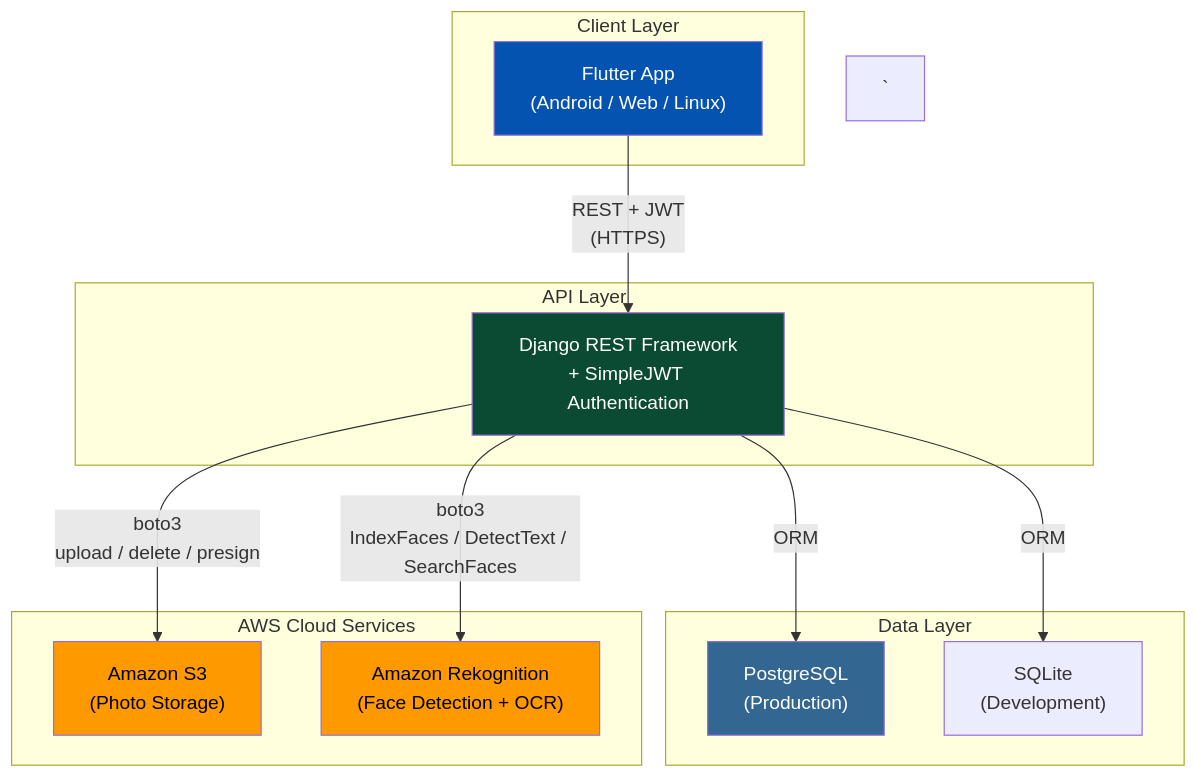
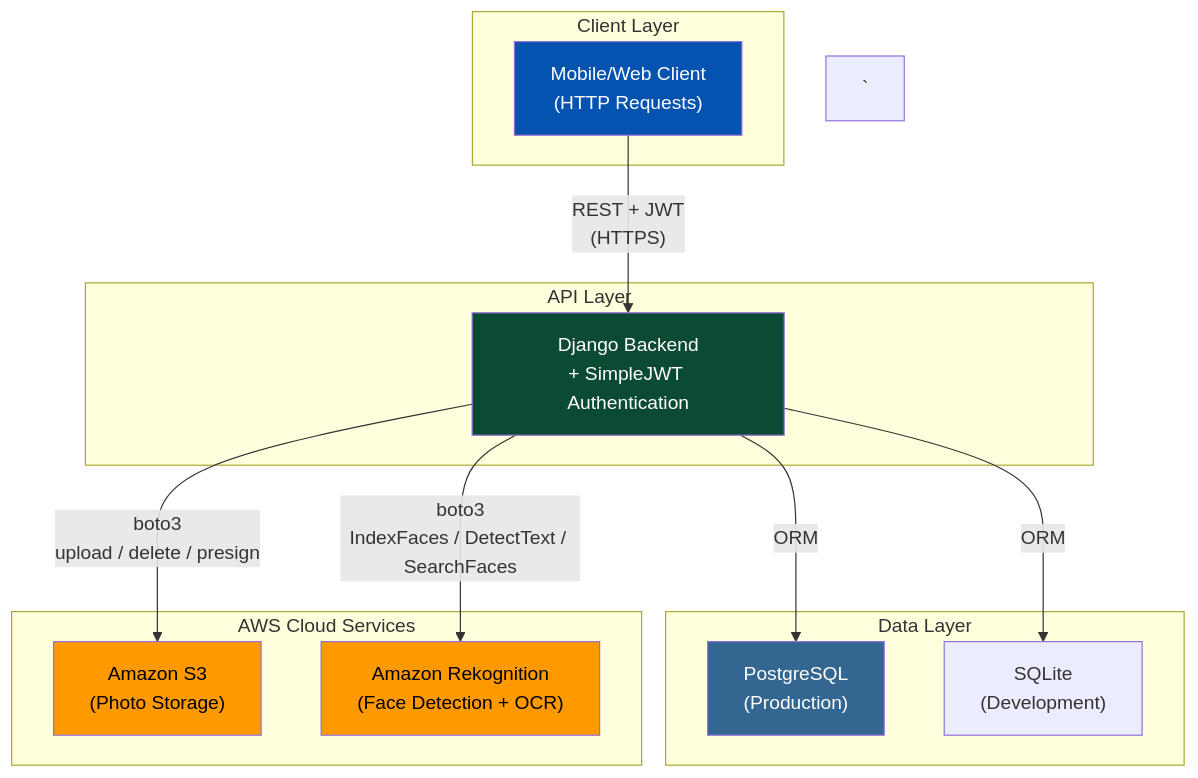
The diagram in docs/uml/architecture.mmd (sudols/photo-sense), drawn with Mermaid before and after one commit. The commit also changed 77 other files, not shown here.

```diff
--- a/docs/uml/architecture.mmd
+++ b/docs/uml/architecture.mmd
@@ -1,31 +1,31 @@
 graph TB
     subgraph "Client Layer"
-        FA["Flutter App<br/>(Android / Web / Linux)"]
+        CLIENT["Mobile/Web Client<br/>(HTTP Requests)"]
     end
 
     subgraph "API Layer"
-        DJ["Django REST Framework<br/>+ SimpleJWT Authentication"]
+        DJ["Django Backend<br/>+ SimpleJWT Authentication"]
     end
 
     subgraph "Data Layer"
         PG["PostgreSQL<br/>(Production)"]
         SQ["SQLite<br/>(Development)"]
     end
 
     subgraph "AWS Cloud Services"
         S3["Amazon S3<br/>(Photo Storage)"]
         RK["Amazon Rekognition<br/>(Face Detection + OCR)"]
     end
 
-    FA -->|"REST + JWT<br/>(HTTPS)"| DJ
+    CLIENT -->|"REST + JWT<br/>(HTTPS)"| DJ
     DJ -->|"ORM"| PG
     DJ -->|"ORM"| SQ
     DJ -->|"boto3<br/>upload / delete / presign"| S3
     DJ -->|"boto3<br/>IndexFaces / DetectText / SearchFaces"| RK
 
-    style FA fill:#0553B1,color:#fff
+    style CLIENT fill:#0553B1,color:#fff
     style DJ fill:#0C4B33,color:#fff
     style PG fill:#336791,color:#fff
     style S3 fill:#FF9900,color:#000
     style RK fill:#FF9900,color:#000
 `
```
